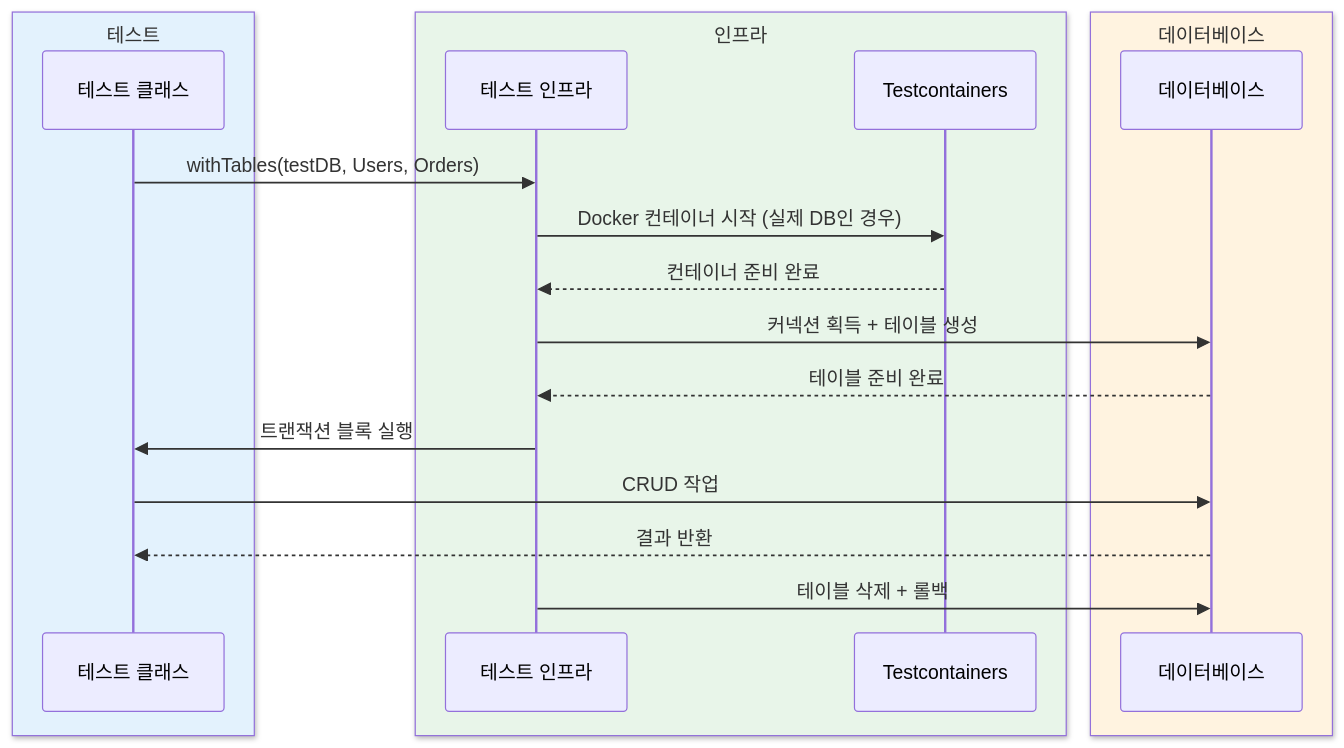
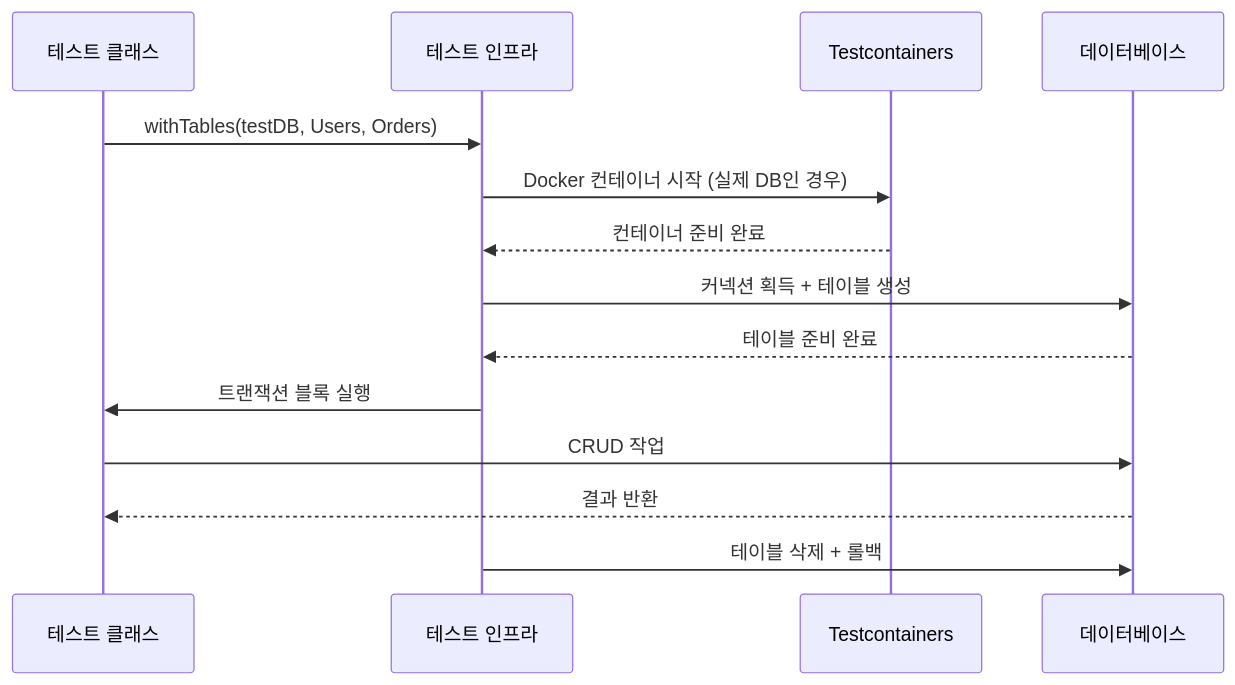
Before and after one commit to bluetape4k/bluetape4k-projects: the second of 2 diagrams in data/exposed-jdbc-tests/README.ko.md, drawn with Mermaid. The commit also changed other lines of this file and 219 other files, not shown here.

First line of the commit message:
docs: 전체 README Mermaid 다이어그램 가이드 적용

````diff
--- a/data/exposed-jdbc-tests/README.ko.md
+++ b/data/exposed-jdbc-tests/README.ko.md
@@ -344,23 +344,17 @@
 ```mermaid
 sequenceDiagram
-    box rgb(227, 242, 253) 테스트
         participant Test as 테스트 클래스
-    end
-    box rgb(232, 245, 233) 인프라
         participant Infra as 테스트 인프라
         participant TC as Testcontainers
-    end
-    box rgb(255, 243, 224) 데이터베이스
         participant DB as 데이터베이스
-    end
 
     Test->>Infra: withTables(testDB, Users, Orders)
     Infra->>TC: Docker 컨테이너 시작 (실제 DB인 경우)
     TC-->>Infra: 컨테이너 준비 완료
     Infra->>DB: 커넥션 획득 + 테이블 생성
     DB-->>Infra: 테이블 준비 완료
     Infra->>Test: 트랜잭션 블록 실행
     Test->>DB: CRUD 작업
     DB-->>Test: 결과 반환
     Infra->>DB: 테이블 삭제 + 롤백
 ```
````
